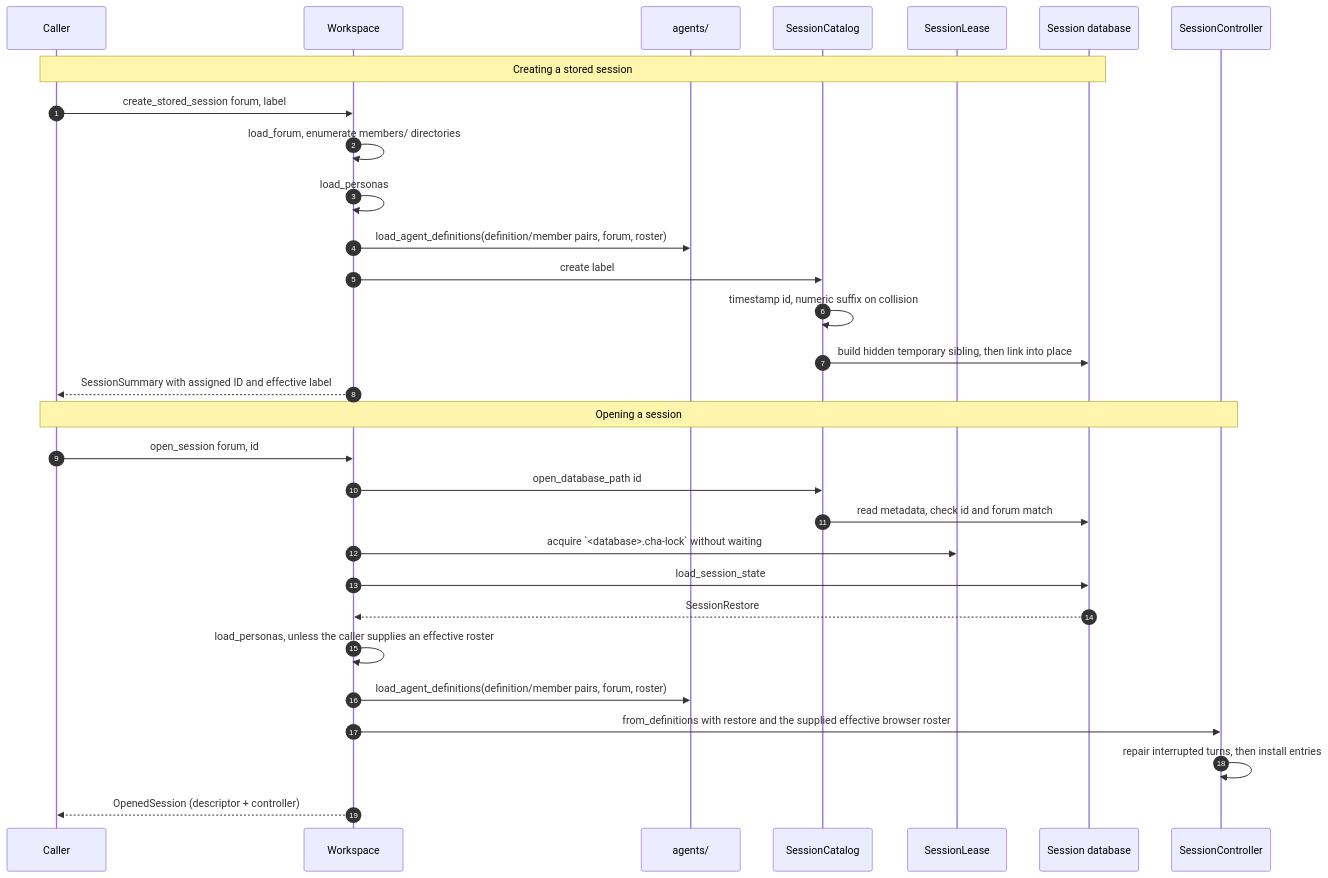
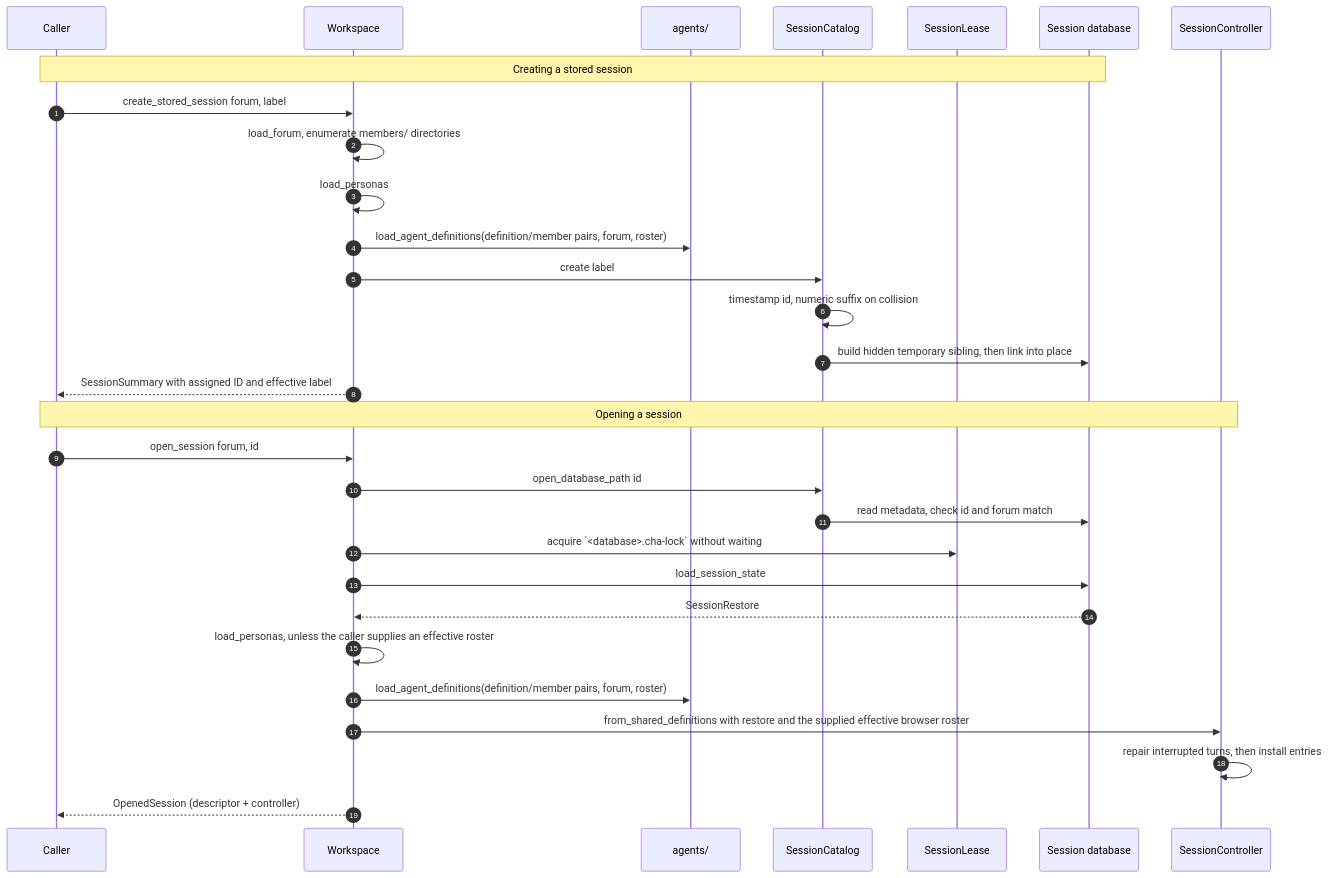
One commit to michaelpopov/cha changed the second of 4 diagrams in src/session/README.md. Above: the diagram before and after it, drawn with Mermaid. The commit also changed other lines of this file and 54 other files, not shown here.

````diff
--- a/src/session/README.md
+++ b/src/session/README.md
@@ -113,34 +117,34 @@
 ```mermaid
 sequenceDiagram
     autonumber
     participant UI as Caller
     participant WS as Workspace
     participant AG as agents/
     participant SC as SessionCatalog
     participant SL as SessionLease
     participant DB as Session database
     participant CC as SessionController
 
     Note over UI,DB: Creating a stored session
     UI->>WS: create_stored_session forum, label
     WS->>WS: load_forum, enumerate members/ directories
     WS->>WS: load_personas
     WS->>AG: load_agent_definitions(definition/member pairs, forum, roster)
     WS->>SC: create label
     SC->>SC: timestamp id, numeric suffix on collision
     SC->>DB: build hidden temporary sibling, then link into place
     WS-->>UI: SessionSummary with assigned ID and effective label
 
     Note over UI,CC: Opening a session
     UI->>WS: open_session forum, id
     WS->>SC: open_database_path id
     SC->>DB: read metadata, check id and forum match
     WS->>SL: acquire `<database>.cha-lock` without waiting
     WS->>DB: load_session_state
     DB-->>WS: SessionRestore
     WS->>WS: load_personas, unless the caller supplies an effective roster
     WS->>AG: load_agent_definitions(definition/member pairs, forum, roster)
-    WS->>CC: from_definitions with restore and the supplied effective browser roster
+    WS->>CC: from_shared_definitions with restore and the supplied effective browser roster
     CC->>CC: repair interrupted turns, then install entries
     WS-->>UI: OpenedSession (descriptor + controller)
 ```
````
